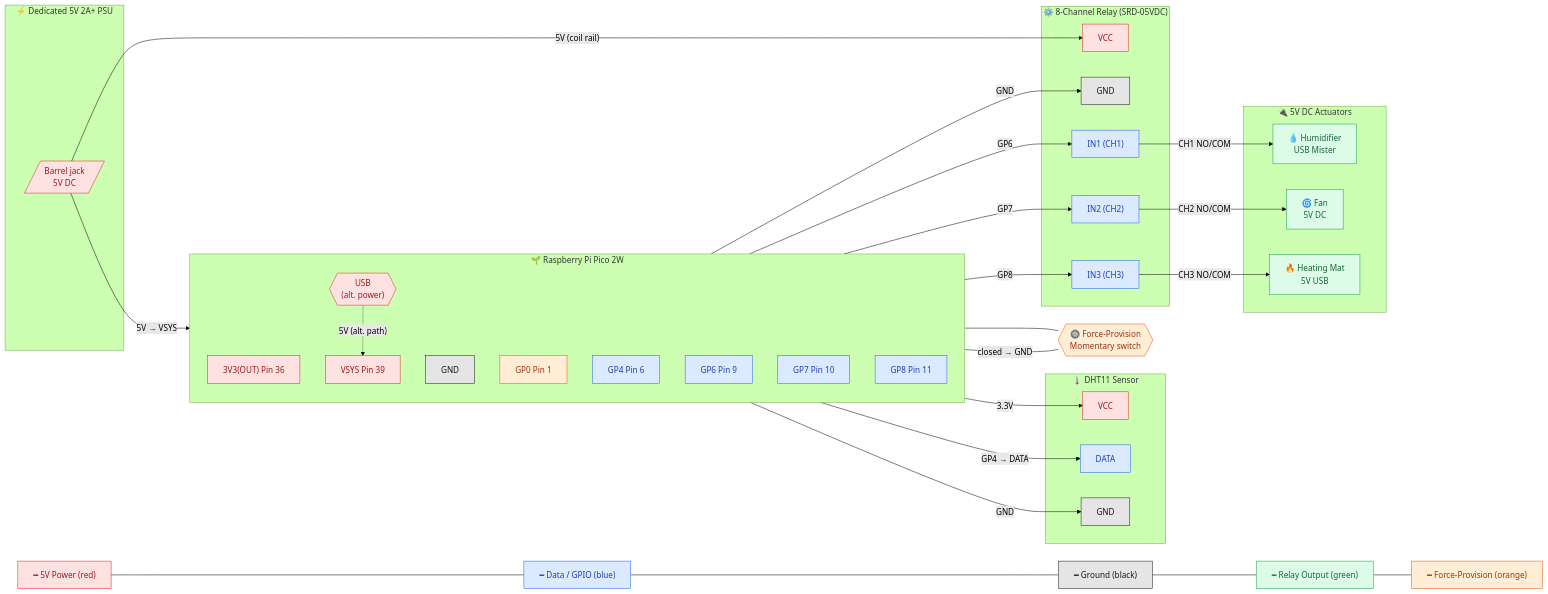
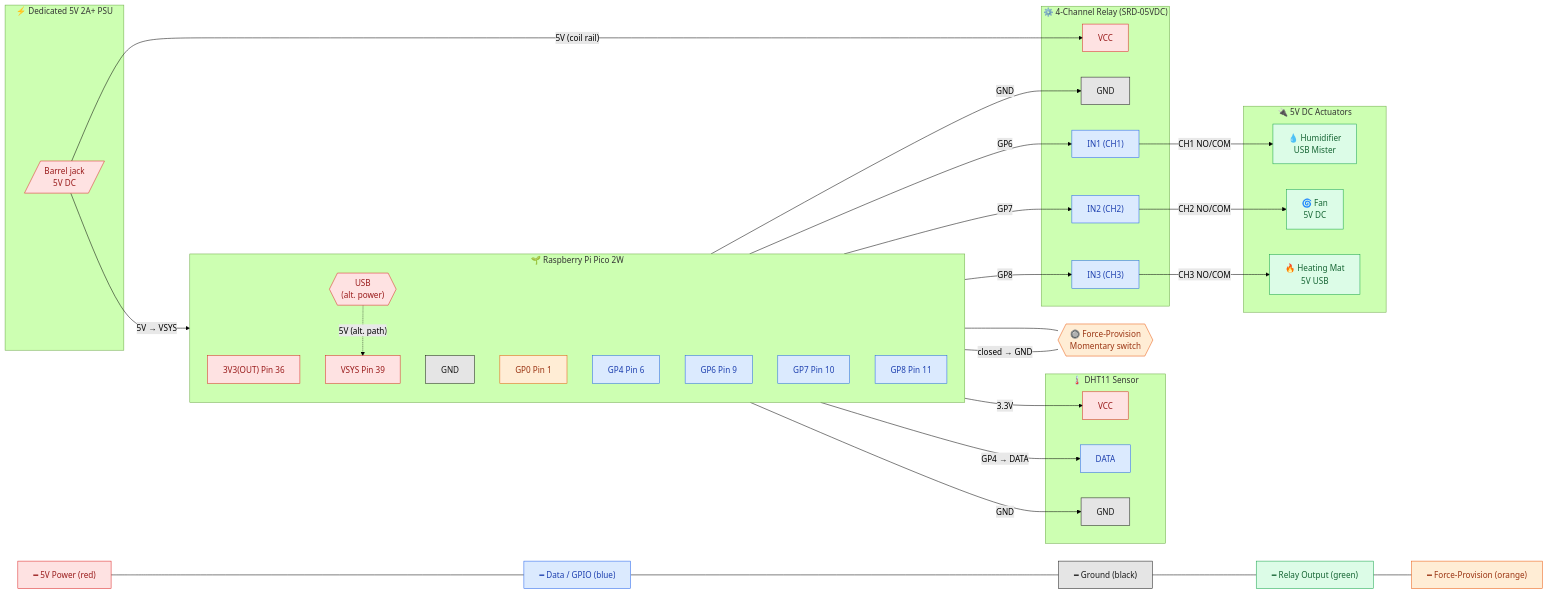
The diagram in pico-units/wiring.mdx (mushroom-pi/mushpi-docs), drawn with Mermaid (forest theme) before and after one commit. The commit also changed other lines of this file and 5 other files, not shown here.

```diff
--- a/pico-units/wiring.mdx
+++ b/pico-units/wiring.mdx
@@ -31,7 +31,7 @@
         dgnd["GND"]
     end
 
-    subgraph relay["⚙️ 8-Channel Relay (SRD-05VDC)"]
+    subgraph relay["⚙️ 4-Channel Relay (SRD-05VDC)"]
         rvcc["VCC"]
         rgnd["GND"]
         rin1["IN1 (CH1)"]
```
